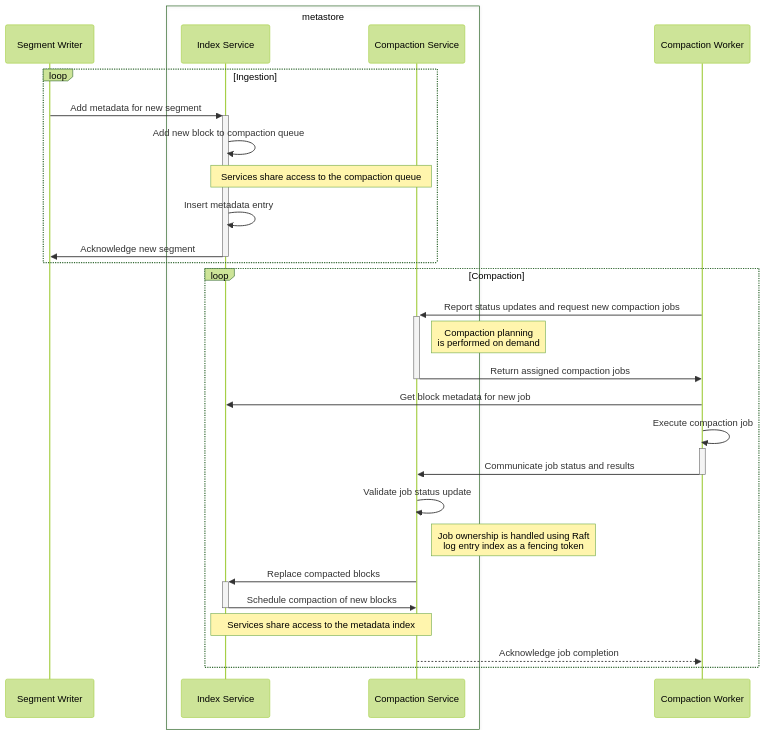
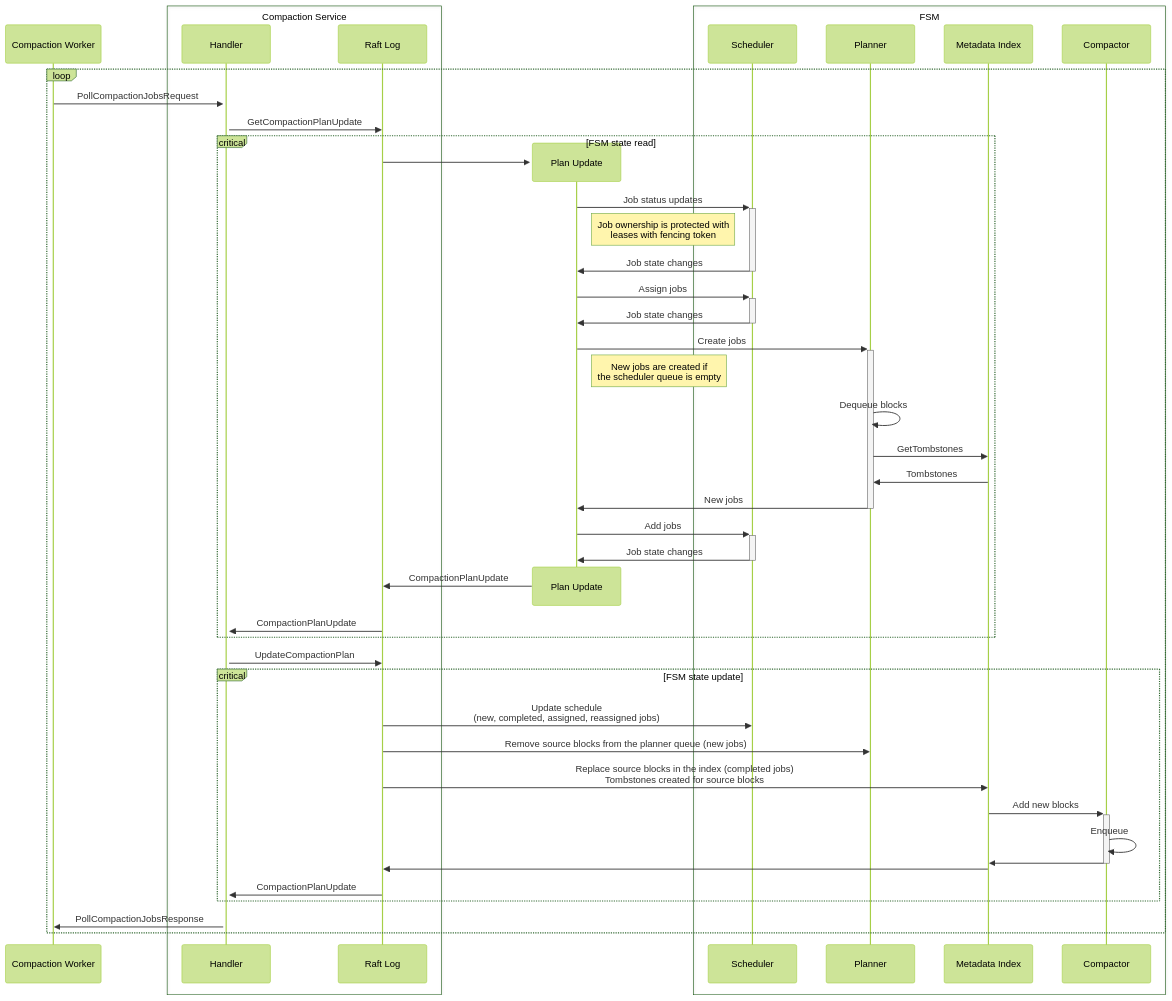
One commit to grafana/pyroscope changed the first of 2 diagrams in pkg/experiment/metastore/compaction/README.md. Above: the diagram before and after it, drawn with Mermaid (forest theme). The commit also changed other lines of this file and 10 other files, not shown here.

````diff
--- a/pkg/experiment/metastore/compaction/README.md
+++ b/pkg/experiment/metastore/compaction/README.md
@@ -7,37 +39,59 @@
 ```mermaid
 sequenceDiagram
-    participant SW as Segment Writer
+    participant W as Compaction Worker
 
-    box metastore
-        participant IS as Index Service
-        participant CS as Compaction Service
+    box Compaction Service
+        participant H as Handler
+        participant R as Raft Log
     end
 
-    participant CW as Compaction Worker
+loop
 
-    loop Ingestion
-        SW ->>+IS: Add metadata for new segment
-        IS ->> IS: Add new block to compaction queue
-        Note over IS,CS: Services share access to the compaction queue
-        IS ->> IS: Insert metadata entry
-        IS ->>-SW: Acknowledge new segment
+    W ->>+H: PollCompactionJobsRequest
+    H ->>R: GetCompactionPlanUpdate
+
+    critical FSM state read
+        create participant U as Plan Update
+        R ->>U: 
+        U ->>+S: Job status updates
+        Note right of U: Job ownership is protected with<br>leases with fencing token
+        S ->>-U: Job state changes
+        U ->>+S: Assign jobs
+        S ->>-U: Job state changes
+        U ->>+P: Create jobs
+        Note right of U: New jobs are created if<br>the scheduler queue is empty
+        P ->>P: Dequeue blocks
+        P ->>I: GetTombstones
+        I ->>P: Tombstones
+        P ->>-U: New jobs
+        U ->>+S: Add jobs
+        S ->>-U: Job state changes
+        destroy U
+        U ->>R: CompactionPlanUpdate
+        R ->>H: CompactionPlanUpdate
     end
 
-    loop Compaction
-        CW ->>+CS: Report status updates and request new compaction jobs
-        Note right of CS: Compaction planning<br>is performed on demand 
-        CS  ->>-CW: Return assigned compaction jobs
+    H ->>R: UpdateCompactionPlan
 
-        CW ->> IS: Get block metadata for new job
-
-        CW ->>+CW: Execute compaction job
-        CW ->>-CS: Communicate job status and results
-        CS ->> CS: Validate job status update
-        Note right of CS: Job ownership is handled using Raft <br>log entry index as a fencing token
-        CS ->>+IS: Replace compacted blocks
-        IS ->>-CS: Schedule compaction of new blocks
-        Note over IS,CS: Services share access to the metadata index
-        CS -->>CW: Acknowledge job completion
+    critical FSM state update
+        R ->>S: Update schedule<br>(new, completed, assigned, reassigned jobs)
+        R ->>P: Remove source blocks from the planner queue (new jobs)
+        R ->>I: Replace source blocks in the index (completed jobs)<br>Tombstones created for source blocks
+        I ->>+C: Add new blocks
+        C ->>C: Enqueue
+        C ->>-I: 
+        I ->>R: 
+        R ->>H: CompactionPlanUpdate
     end
 
+    H ->> W: PollCompactionJobsResponse
+
+end
+
+    box FSM
+        participant C as Compactor
+        participant P as Planner
+        participant S as Scheduler
+        participant I as Metadata Index
+    end
 ```
````
